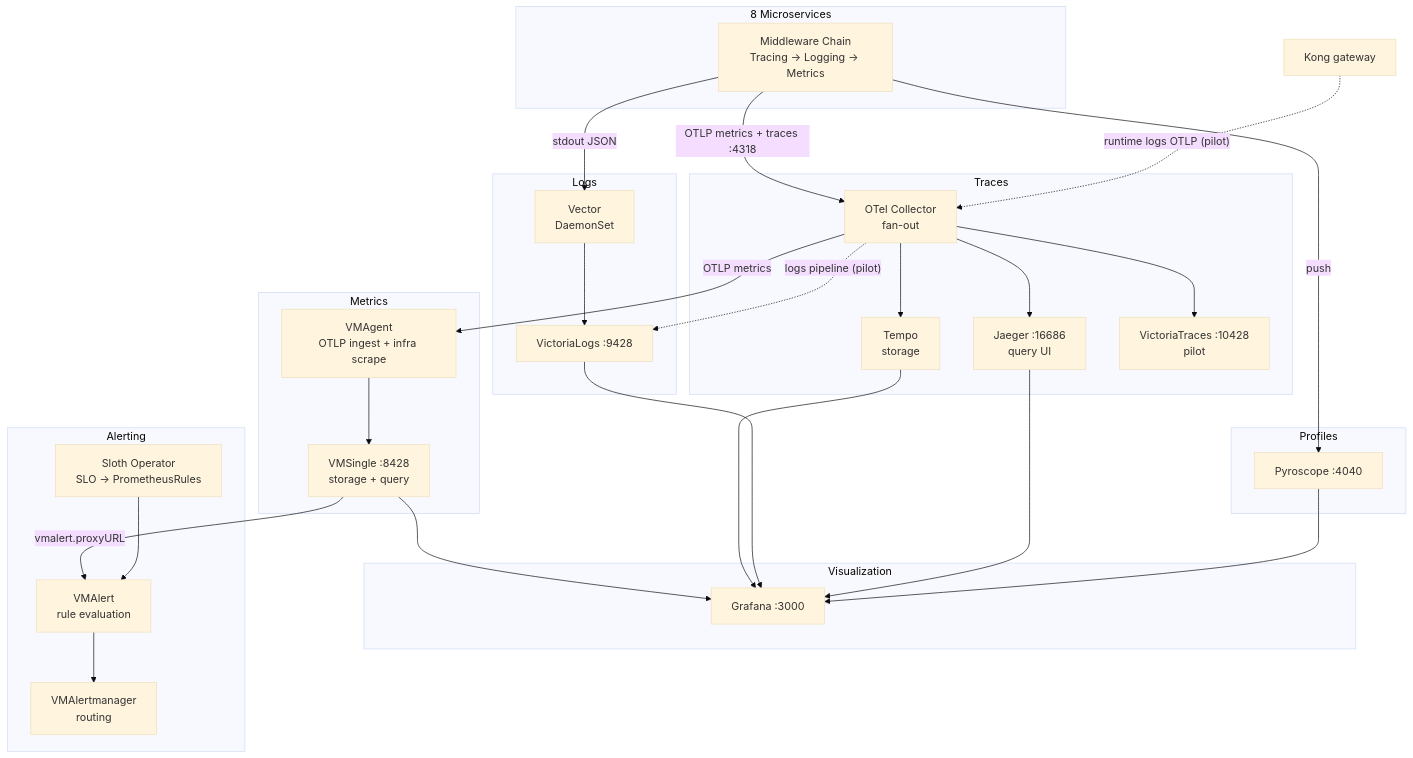
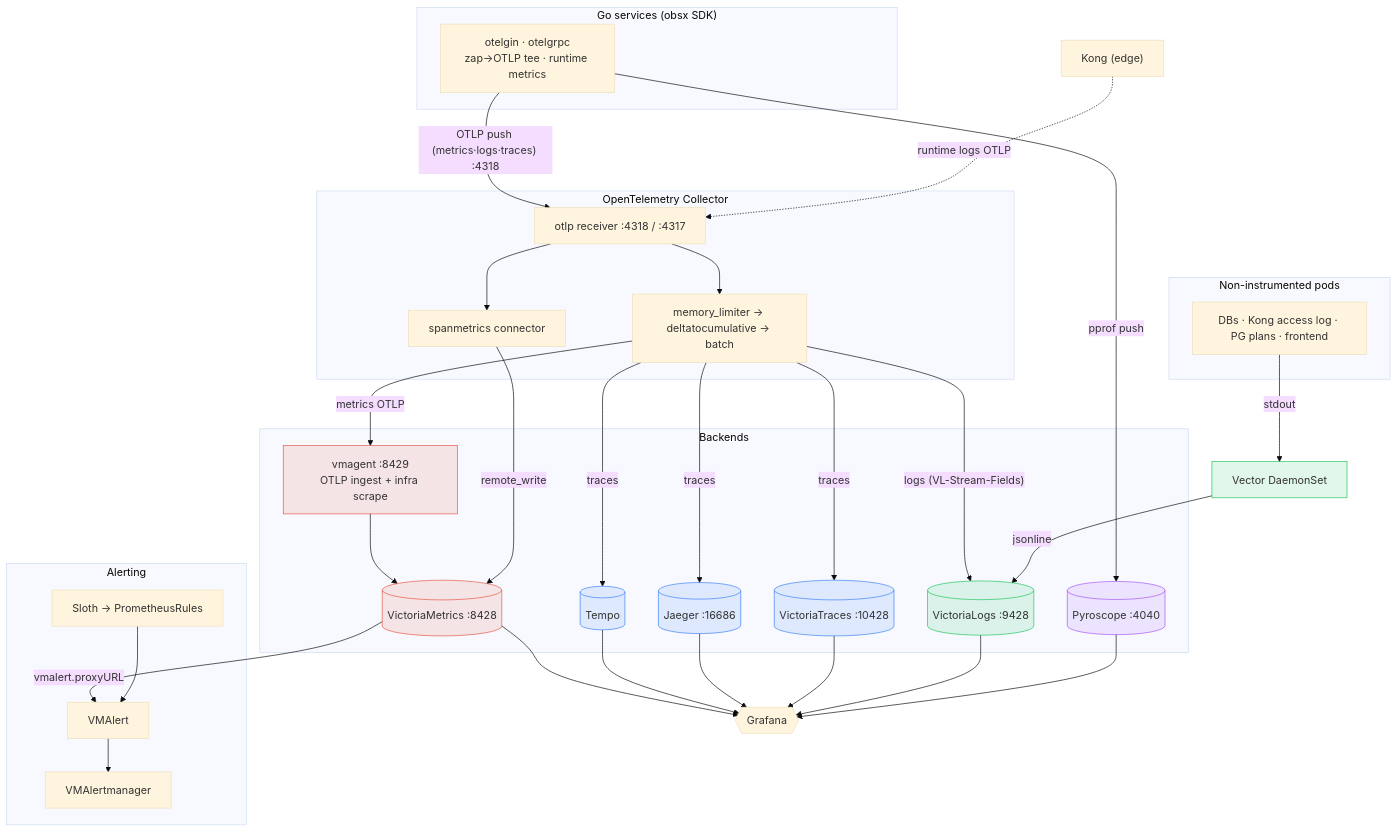
The first of 5 diagrams in docs/observability/README.md (duynhlab/homelab), drawn with Mermaid (base theme) before and after one commit. The commit also changed other lines of this file and 4 other files, not shown here.

````diff
--- a/docs/observability/README.md
+++ b/docs/observability/README.md
@@ -7,60 +14,69 @@
 ```mermaid
-flowchart TD
-    subgraph services [8 Microservices]
-        MW["Middleware Chain<br/>Tracing → Logging → Metrics"]
+flowchart TB
+    subgraph apps["Go services (obsx SDK)"]
+        SVC["otelgin · otelgrpc<br/>zap→OTLP tee · runtime metrics"]
+    end
+    subgraph infra["Non-instrumented pods"]
+        INF["DBs · Kong access log · PG plans · frontend"]
     end
 
-    subgraph pillar1 [Metrics]
-        VMAgent["VMAgent<br/>OTLP ingest + infra scrape"]
-        VMSingle["VMSingle :8428<br/>storage + query"]
+    subgraph col["OpenTelemetry Collector"]
+        RCV["otlp receiver :4318 / :4317"]
+        PROC["memory_limiter → deltatocumulative → batch"]
+        SM["spanmetrics connector"]
+        RCV --> PROC
+        RCV --> SM
     end
 
-    subgraph pillar2 [Traces]
-        OTel["OTel Collector<br/>fan-out"]
-        Tempo["Tempo<br/>storage"]
-        Jaeger["Jaeger :16686<br/>query UI"]
-        VictoriaTraces["VictoriaTraces :10428<br/>pilot"]
+    VEC["Vector DaemonSet"]
+
+    subgraph be["Backends"]
+        VMAgent["vmagent :8429<br/>OTLP ingest + infra scrape"]
+        VMSingle[("VictoriaMetrics :8428")]
+        Tempo[("Tempo")]
+        Jaeger[("Jaeger :16686")]
+        VT[("VictoriaTraces :10428")]
+        VLogs[("VictoriaLogs :9428")]
+        Pyro[("Pyroscope :4040")]
     end
 
-    subgraph pillar3 [Logs]
-        Vector["Vector<br/>DaemonSet"]
-        VLogs["VictoriaLogs :9428"]
+    subgraph alert["Alerting"]
+        VMAlert["VMAlert"]
+        VMAM["VMAlertmanager"]
+        Sloth["Sloth → PrometheusRules"]
     end
 
-    subgraph pillar4 [Profiles]
-        Pyroscope["Pyroscope :4040"]
-    end
+    Grafana{{"Grafana"}}
 
-    subgraph viz [Visualization]
-        Grafana["Grafana :3000"]
-    end
+    SVC -->|"OTLP push (metrics·logs·traces) :4318"| RCV
+    SVC -->|"pprof push"| Pyro
+    INF -->|"stdout"| VEC
+    Kong["Kong (edge)"] -.->|"runtime logs OTLP"| RCV
 
-    subgraph alert [Alerting]
-        VMAlert["VMAlert<br/>rule evaluation"]
-        VMAlertmanager["VMAlertmanager<br/>routing"]
-        Sloth["Sloth Operator<br/>SLO → PrometheusRules"]
-    end
-
-    MW -->|"OTLP metrics + traces :4318"| OTel
-    OTel -->|"OTLP metrics"| VMAgent
-    MW -->|"stdout JSON"| Vector
-    MW -->|"push"| Pyroscope
-
-    VMAgent --> VMSingle
-    OTel --> Tempo
-    OTel --> Jaeger
-    OTel --> VictoriaTraces
-    Vector --> VLogs
-    Kong["Kong gateway"] -.->|"runtime logs OTLP (pilot)"| OTel
-    OTel -.->|"logs pipeline (pilot)"| VLogs
+    PROC -->|"metrics OTLP"| VMAgent --> VMSingle
+    SM -->|"remote_write"| VMSingle
+    PROC -->|"traces"| Tempo
+    PROC -->|"traces"| Jaeger
+    PROC -->|"traces"| VT
+    PROC -->|"logs (VL-Stream-Fields)"| VLogs
+    VEC -->|"jsonline"| VLogs
 
     VMSingle --> Grafana
     Tempo --> Grafana
+    Jaeger --> Grafana
+    VT --> Grafana
     VLogs --> Grafana
-    Jaeger --> Grafana
-    Pyroscope --> Grafana
+    Pyro --> Grafana
 
-    VMSingle -->|"vmalert.proxyURL"| VMAlert
-    VMAlert --> VMAlertmanager
+    VMSingle -->|"vmalert.proxyURL"| VMAlert --> VMAM
     Sloth --> VMAlert
+
+    classDef metric fill:#e6584622,stroke:#e65846;
+    classDef log fill:#22c55e22,stroke:#22c55e;
+    classDef trace fill:#3b82f622,stroke:#3b82f6;
+    classDef profile fill:#a855f722,stroke:#a855f7;
+    class VMSingle,VMAgent metric;
+    class VLogs,VEC log;
+    class Tempo,Jaeger,VT trace;
+    class Pyro profile;
 ```
````
